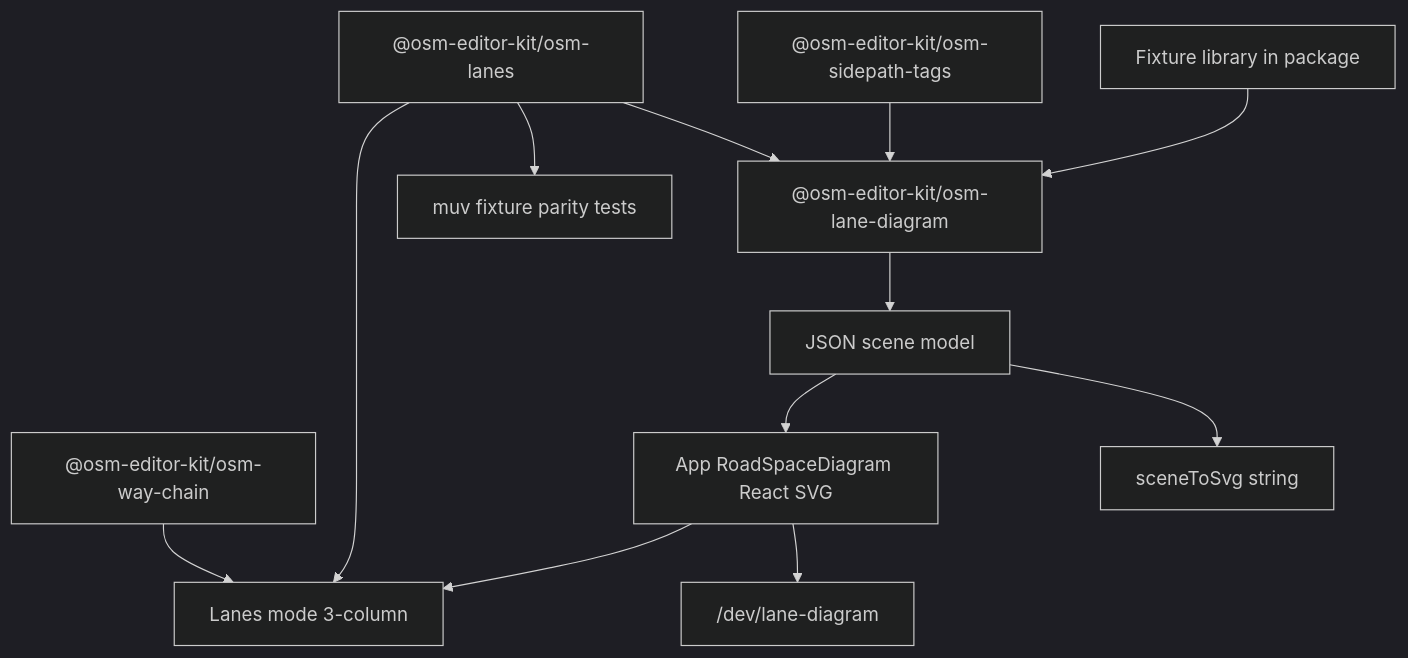
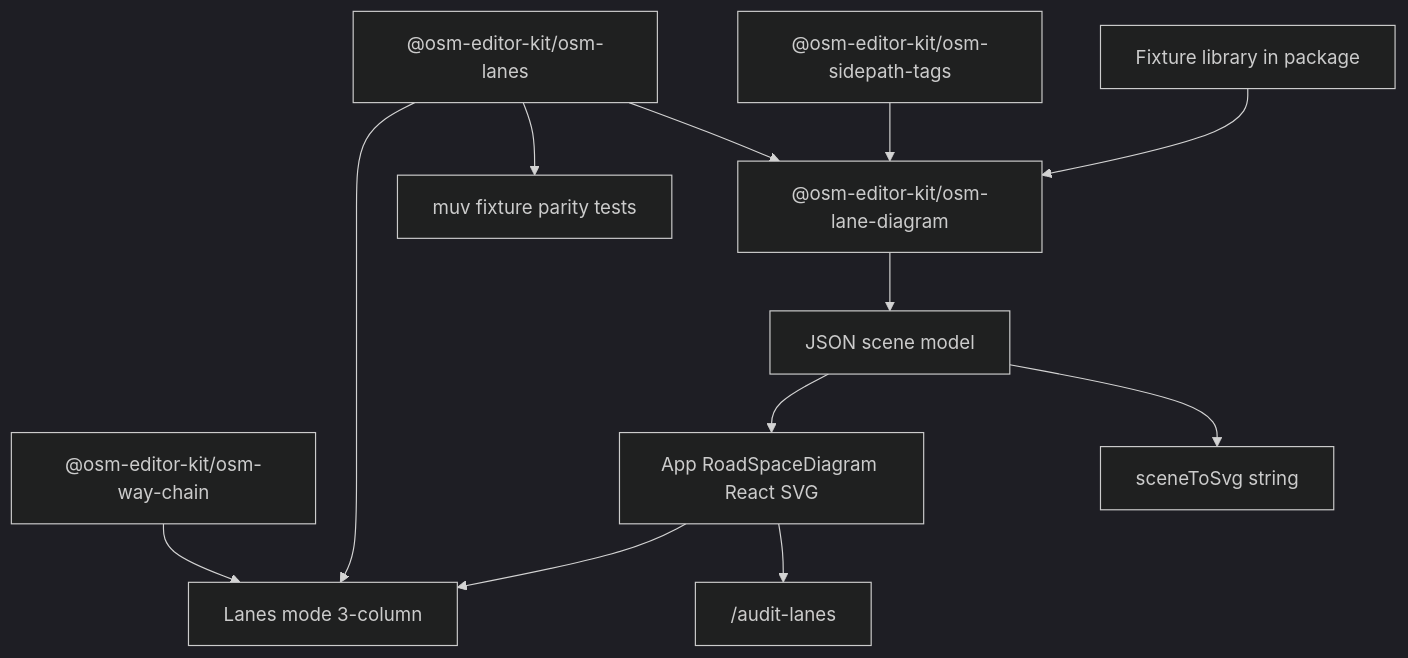
Before and after one commit to tordans/parking-lanes: the third of 3 diagrams in .cursor/plans/lanes_3-column_explore_23b926cc.plan.md, drawn with Mermaid (dark theme). The commit also changed other lines of this file and 1 other file, not shown here.

First line of the commit message:
Plan: add width audit page and align audit route naming

````diff
--- a/.cursor/plans/lanes_3-column_explore_23b926cc.plan.md
+++ b/.cursor/plans/lanes_3-column_explore_23b926cc.plan.md
@@ -236,25 +236,25 @@
 ```mermaid
 flowchart TB
   fixtures[Fixture library in package]
   muvParity[muv fixture parity tests]
   osmLanes["@osm-editor-kit/osm-lanes"]
   sidepath["@osm-editor-kit/osm-sidepath-tags"]
   chain["@osm-editor-kit/osm-way-chain"]
   diagramPkg["@osm-editor-kit/osm-lane-diagram"]
   scene[JSON scene model]
   svgString[sceneToSvg string]
   appSvg[App RoadSpaceDiagram React SVG]
-  gallery["/dev/lane-diagram"]
+  gallery["/audit-lanes"]
   lanesMode[Lanes mode 3-column]
   fixtures --> diagramPkg
   osmLanes --> diagramPkg
   sidepath --> diagramPkg
   chain --> lanesMode
   osmLanes --> muvParity
   diagramPkg --> scene
   scene --> svgString
   scene --> appSvg
   appSvg --> gallery
   appSvg --> lanesMode
   osmLanes --> lanesMode
 ```
````
